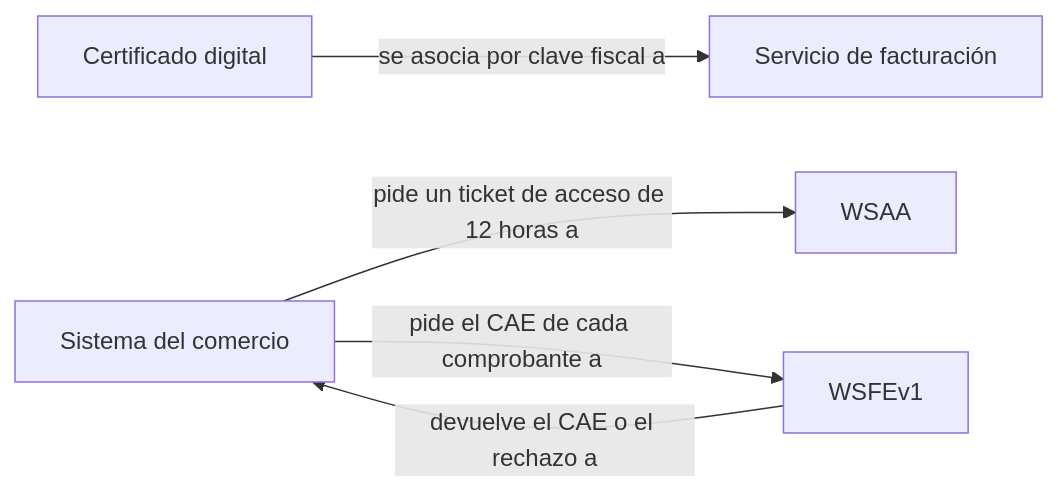
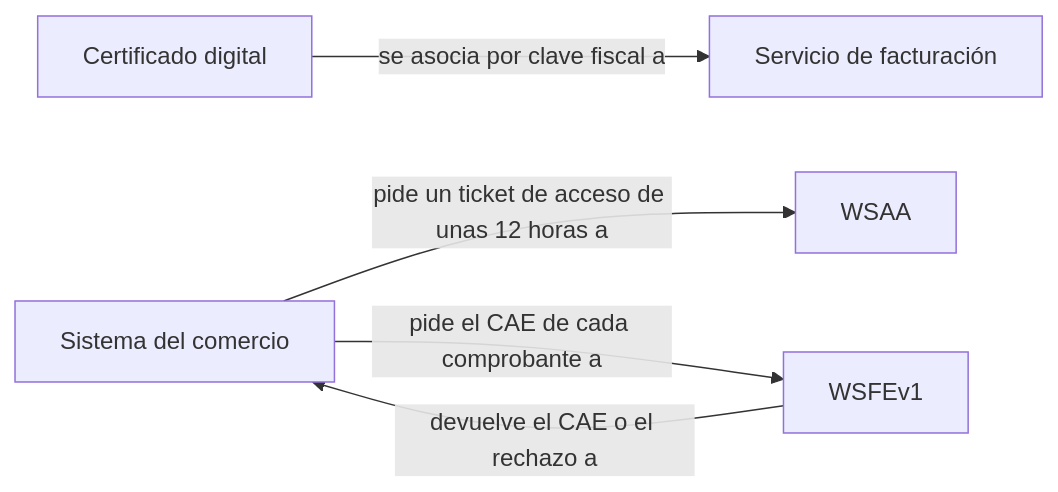
The diagram in Comercio-electronico/Normativa/factura-electronica-de-arca.md (mtsdlf/conocimiento), drawn with Mermaid before and after one commit. The commit also changed other lines of this file and 193 other files, not shown here.

````diff
--- a/Comercio-electronico/Normativa/factura-electronica-de-arca.md
+++ b/Comercio-electronico/Normativa/factura-electronica-de-arca.md
@@ -96,7 +98,7 @@
 ```mermaid
 flowchart LR
   C[Certificado digital] -->|se asocia por clave fiscal a| W[Servicio de facturación]
-  S[Sistema del comercio] -->|pide un ticket de acceso de 12 horas a| A[WSAA]
+  S[Sistema del comercio] -->|pide un ticket de acceso de unas 12 horas a| A[WSAA]
   S -->|pide el CAE de cada comprobante a| F[WSFEv1]
   F -->|devuelve el CAE o el rechazo a| S
 ```
````
